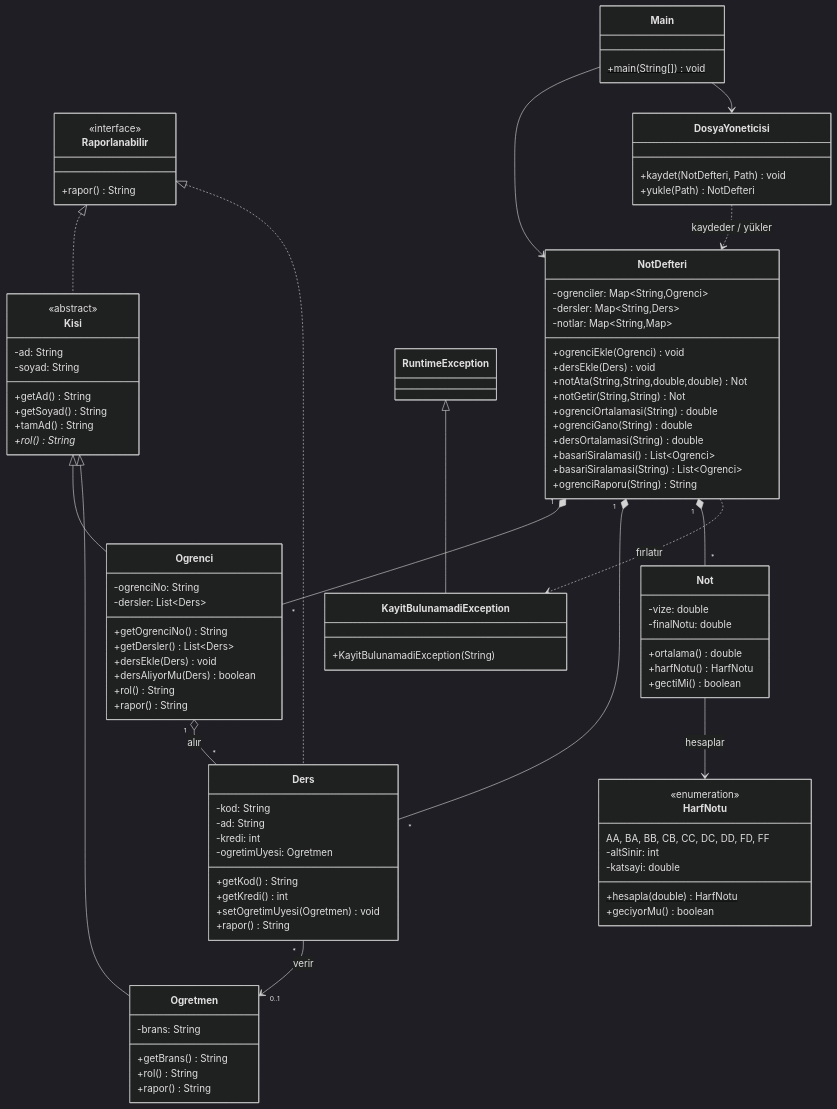
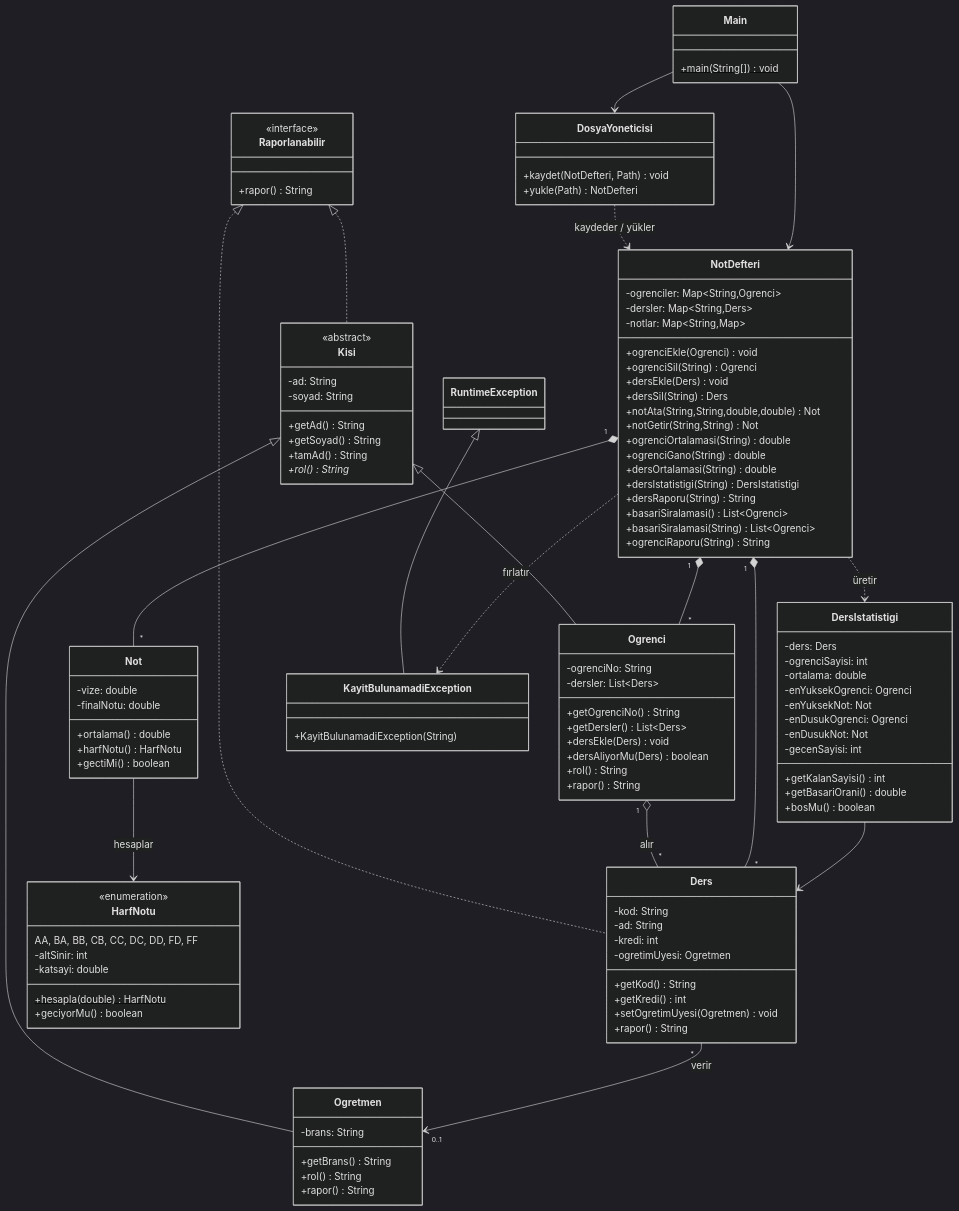
The diagram in README.md (SKXAN/kyz205-proje-grup-4), drawn with Mermaid (dark theme) before and after one commit. The commit also changed other lines of this file and 5 other files, not shown here.

Commit message:
Ders istatistikleri raporu eklendi: en yüksek/en düşük not, geçen sayısı, başarı oranı

```diff
--- a/README.md
+++ b/README.md
@@ -105,17 +106,35 @@
         +geciyorMu() boolean
     }
 
+    class DersIstatistigi {
+        -ders: Ders
+        -ogrenciSayisi: int
+        -ortalama: double
+        -enYuksekOgrenci: Ogrenci
+        -enYuksekNot: Not
+        -enDusukOgrenci: Ogrenci
+        -enDusukNot: Not
+        -gecenSayisi: int
+        +getKalanSayisi() int
+        +getBasariOrani() double
+        +bosMu() boolean
+    }
+
     class NotDefteri {
         -ogrenciler: Map~String,Ogrenci~
         -dersler: Map~String,Ders~
         -notlar: Map~String,Map~
         +ogrenciEkle(Ogrenci) void
+        +ogrenciSil(String) Ogrenci
         +dersEkle(Ders) void
+        +dersSil(String) Ders
         +notAta(String,String,double,double) Not
         +notGetir(String,String) Not
         +ogrenciOrtalamasi(String) double
         +ogrenciGano(String) double
         +dersOrtalamasi(String) double
+        +dersIstatistigi(String) DersIstatistigi
+        +dersRaporu(String) String
         +basariSiralamasi() List~Ogrenci~
         +basariSiralamasi(String) List~Ogrenci~
         +ogrenciRaporu(String) String
@@ -146,6 +165,8 @@
     NotDefteri "1" *-- "*" Ogrenci
     NotDefteri "1" *-- "*" Ders
     NotDefteri "1" *-- "*" Not
+    NotDefteri ..> DersIstatistigi : üretir
+    DersIstatistigi --> Ders
     NotDefteri ..> KayitBulunamadiException : fırlatır
     DosyaYoneticisi ..> NotDefteri : kaydeder / yükler
     Main --> NotDefteri
```
